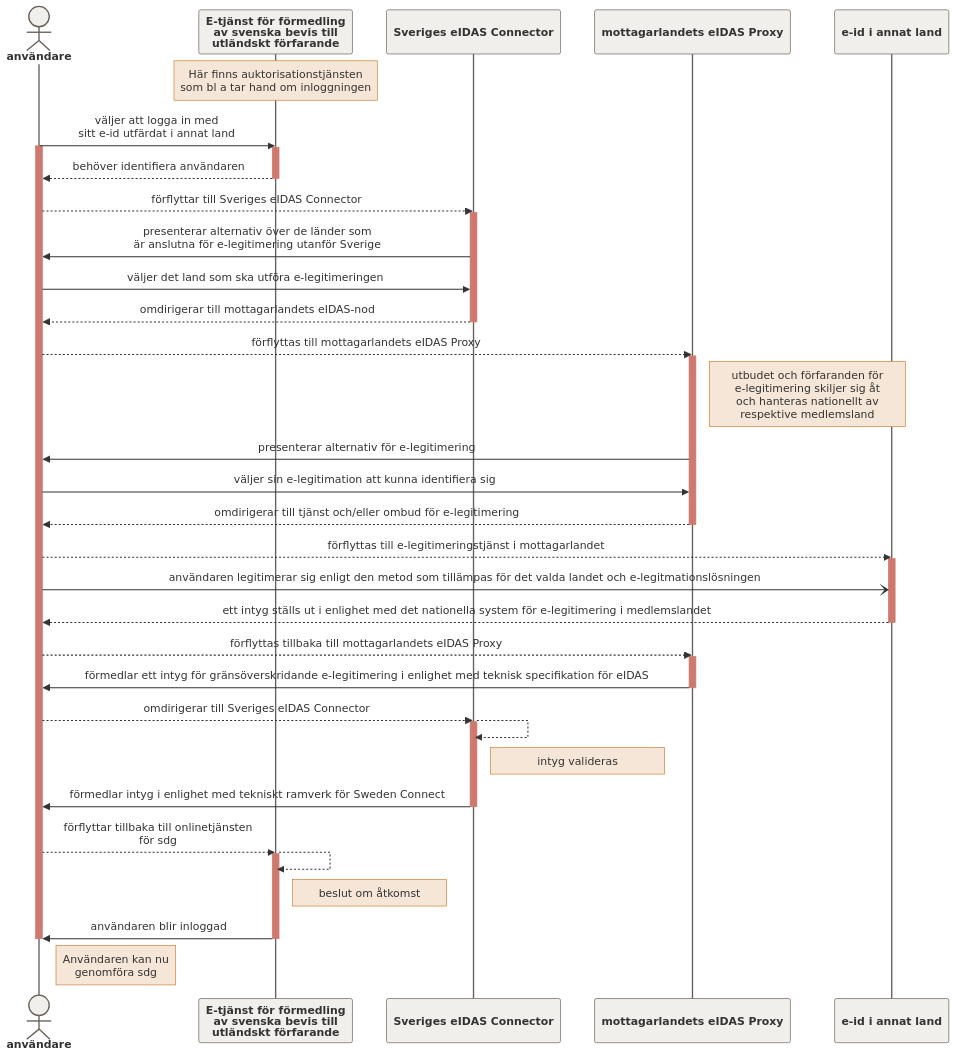
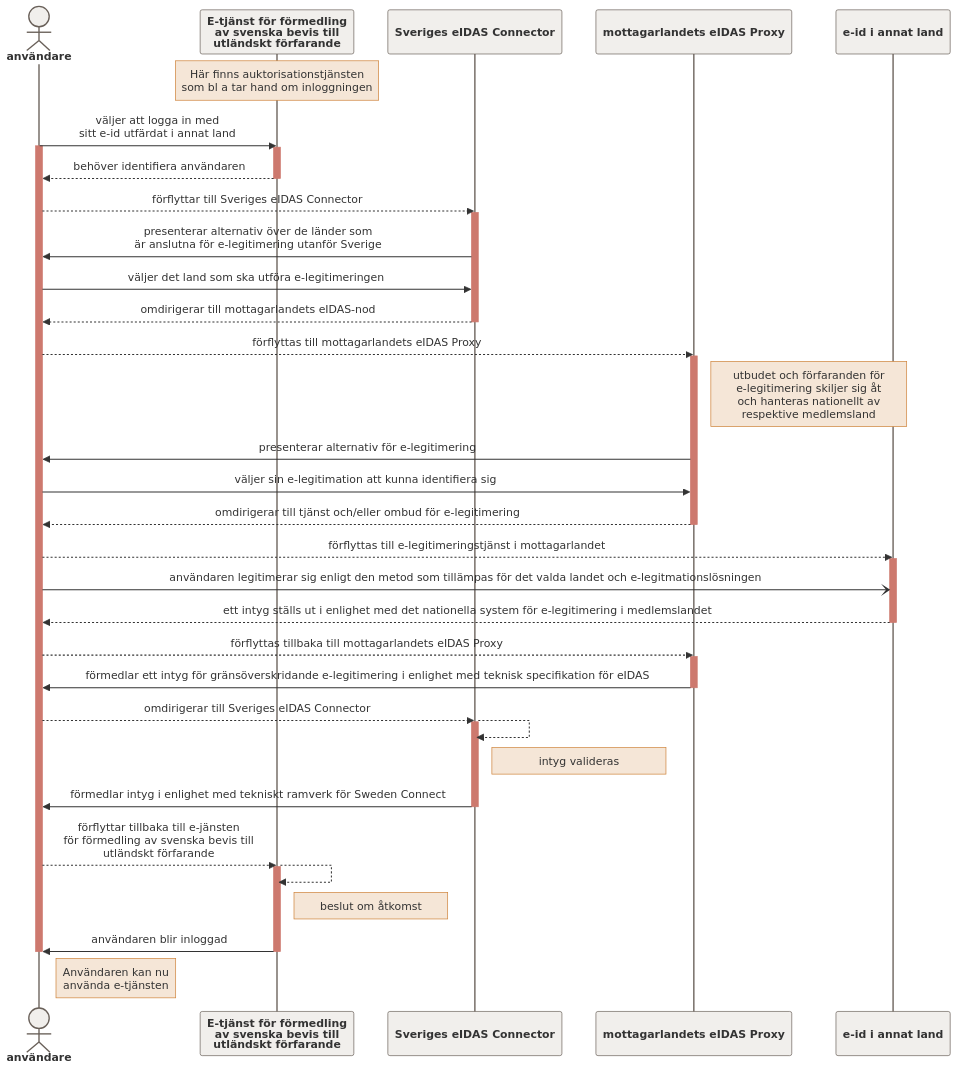
The diagram in login_oots.md (araskazemi/greenhouse), drawn with Mermaid before and after one commit.

````diff
--- a/login_oots.md
+++ b/login_oots.md
@@ -1,53 +1,53 @@
 ```mermaid
 
 %%{init: {'sequence': { 'mirrorActors': true, 'rightAngles': true, 'messageAlign': 'center', 'actorFontWeight': 900, 'actorFontSize': 18, 'noteFontWeight': 100, 'noteFontSize': 12}}}%%
 %%{init: {'theme': 'base', 'themeVariables': {'labelBoxBkgColor': '#F5F5F4', 'labelBoxBorderColor': '#998980', 'actorBorder': '#696059', 'actorBkg': '#F1EFEC', 'activationBorderColor': '#CD796E', 'activationBkgColor': '#CD796E', 'noteBkgColor': '#F5E6D7', 'noteBorderColor': '#CE8036'}}}%%
 
 sequenceDiagram
   actor användare
   participant sdg as E-tjänst för förmedling<br />av svenska bevis till<br />utländskt förfarande
   Note over sdg: Här finns auktorisationstjänsten<br />som bl a tar hand om inloggningen
   användare->>sdg: väljer att logga in med<br />sitt e-id utfärdat i annat land
   activate användare
   activate sdg
   sdg-->>användare: behöver identifiera användaren
   deactivate sdg  
   användare-->>Sveriges eIDAS Connector: förflyttar till Sveriges eIDAS Connector
   activate Sveriges eIDAS Connector
   Sveriges eIDAS Connector->>användare: presenterar alternativ över de länder som<br />är anslutna för e-legitimering utanför Sverige
   användare->>Sveriges eIDAS Connector: väljer det land som ska utföra e-legitimeringen
   Sveriges eIDAS Connector-->>användare: omdirigerar till mottagarlandets eIDAS-nod
   deactivate Sveriges eIDAS Connector
   användare-->>mottagarlandets eIDAS Proxy: förflyttas till mottagarlandets eIDAS Proxy
   activate mottagarlandets eIDAS Proxy
   Note right of mottagarlandets eIDAS Proxy: utbudet och förfaranden för<br />e-legitimering skiljer sig åt<br />och hanteras nationellt av<br />respektive medlemsland
   mottagarlandets eIDAS Proxy->>användare: presenterar alternativ för e-legitimering
   användare->>mottagarlandets eIDAS Proxy: väljer sin e-legitimation att kunna identifiera sig
   mottagarlandets eIDAS Proxy-->>användare: omdirigerar till tjänst och/eller ombud för e-legitimering
   deactivate mottagarlandets eIDAS Proxy
   användare-->>e-id i annat land: förflyttas till e-legitimeringstjänst i mottagarlandet
   activate e-id i annat land
   användare-)e-id i annat land: användaren legitimerar sig enligt den metod som tillämpas för det valda landet och e-legitmationslösningen 
   e-id i annat land-->>användare: ett intyg ställs ut i enlighet med det nationella system för e-legitimering i medlemslandet
   deactivate e-id i annat land
   användare-->>mottagarlandets eIDAS Proxy: förflyttas tillbaka till mottagarlandets eIDAS Proxy
   activate mottagarlandets eIDAS Proxy
   mottagarlandets eIDAS Proxy->>användare: förmedlar ett intyg för gränsöverskridande e-legitimering i enlighet med teknisk specifikation för eIDAS
   deactivate mottagarlandets eIDAS Proxy
   användare-->>Sveriges eIDAS Connector: omdirigerar till Sveriges eIDAS Connector
   activate Sveriges eIDAS Connector
   Sveriges eIDAS Connector-->>Sveriges eIDAS Connector: 
   Note right of Sveriges eIDAS Connector: intyg valideras
   Sveriges eIDAS Connector->>användare: förmedlar intyg i enlighet med tekniskt ramverk för Sweden Connect
   deactivate Sveriges eIDAS Connector
-  användare-->>sdg: förflyttar tillbaka till onlinetjänsten<br />för sdg
+  användare-->>sdg: förflyttar tillbaka till e-jänsten<br />för förmedling av svenska bevis till<br />utländskt förfarande
   activate sdg
   sdg-->>sdg: 
   Note right of sdg: beslut om åtkomst
   sdg->>användare: användaren blir inloggad
   deactivate sdg
   deactivate användare
-  Note right of användare:  Användaren kan nu<br />genomföra sdg
+  Note right of användare:  Användaren kan nu<br />använda e-tjänsten
   
 
 ```
````
